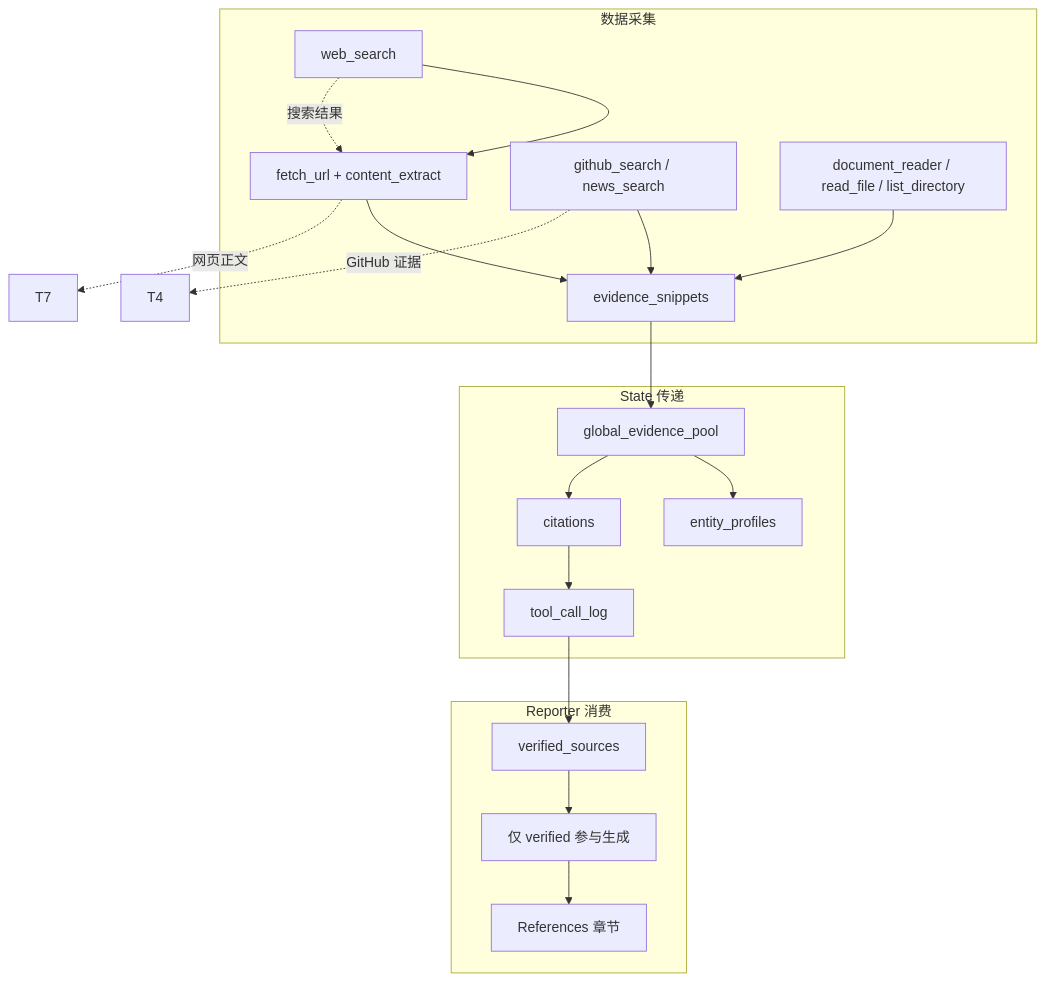
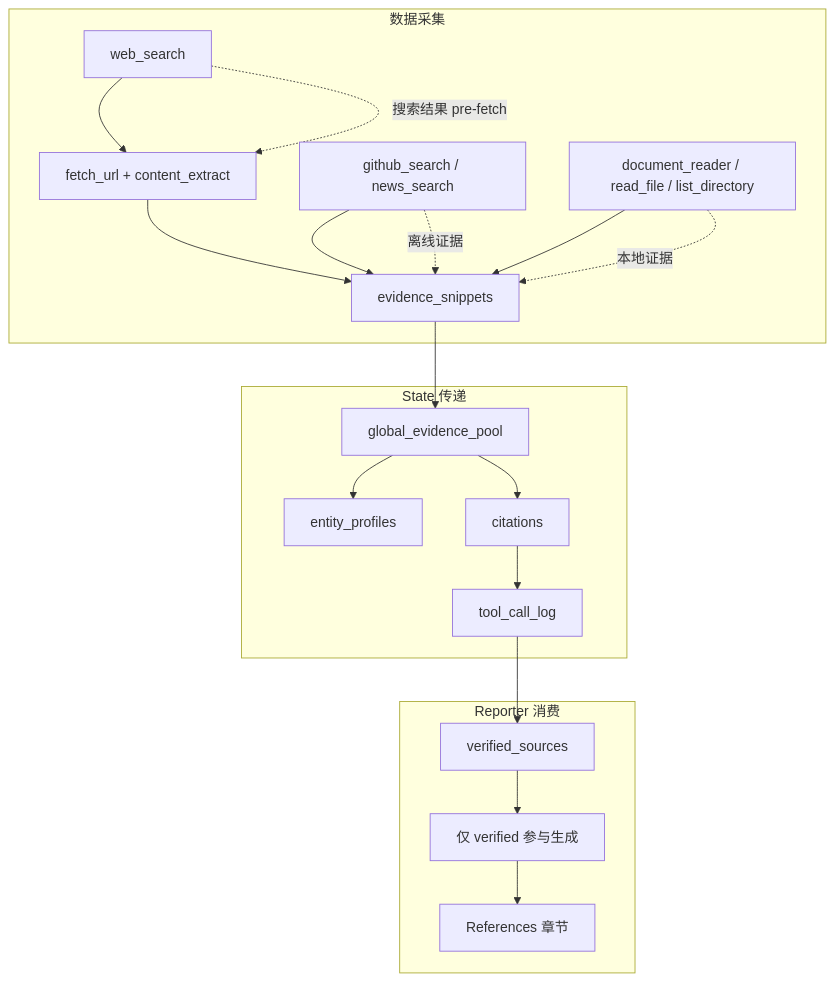
One commit to Caser-86/InsightGraph changed the third of 3 diagrams in README.md. Above: the diagram before and after it, drawn with Mermaid.

Commit message:
docs: fix evidence flow diagram references

````diff
--- a/README.md
+++ b/README.md
@@ -370,26 +370,26 @@
 ```mermaid
 flowchart TB
     subgraph 数据采集
         T1[web_search] --> T2[fetch_url + content_extract]
         T3[github_search / news_search] --> T8[evidence_snippets]
         T5[document_reader / read_file / list_directory] --> T8
         T2 --> T8
     end
 
     subgraph State 传递
         T8 --> S1[global_evidence_pool]
         S1 --> S2[entity_profiles]
         S1 --> S3[citations]
         S3 --> S4[tool_call_log]
     end
 
     subgraph Reporter 消费
         S4 --> R1[verified_sources]
         R1 --> R2[仅 verified 参与生成]
         R2 --> R3[References 章节]
     end
 
-    T1 -.->|搜索结果| T2
-    T2 -.->|网页正文| T7
-    T3 -.->|GitHub 证据| T4
+    T1 -.->|搜索结果 pre-fetch| T2
+    T3 -.->|离线证据| T8
+    T5 -.->|本地证据| T8
 ```
````
